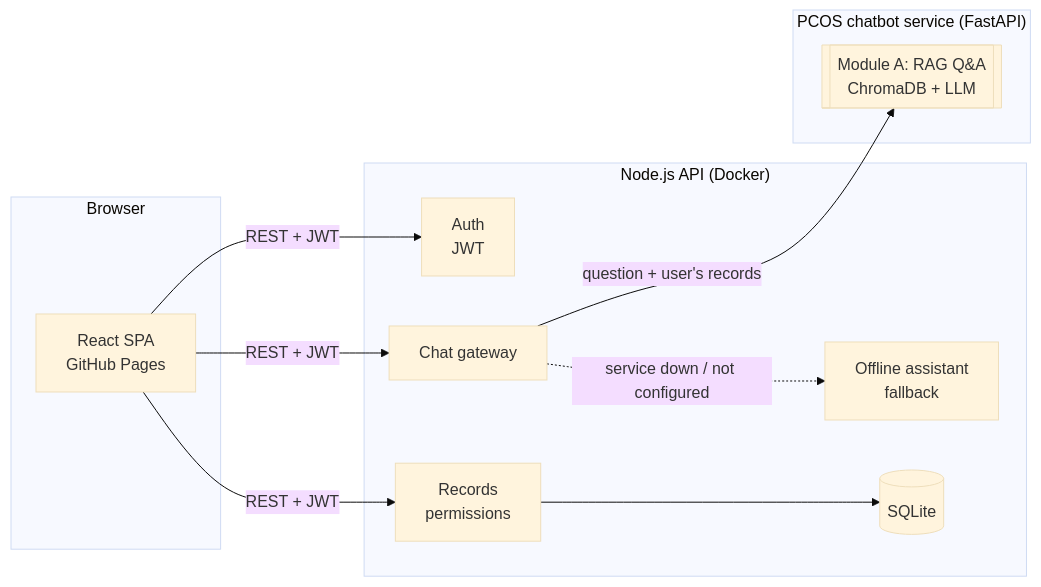
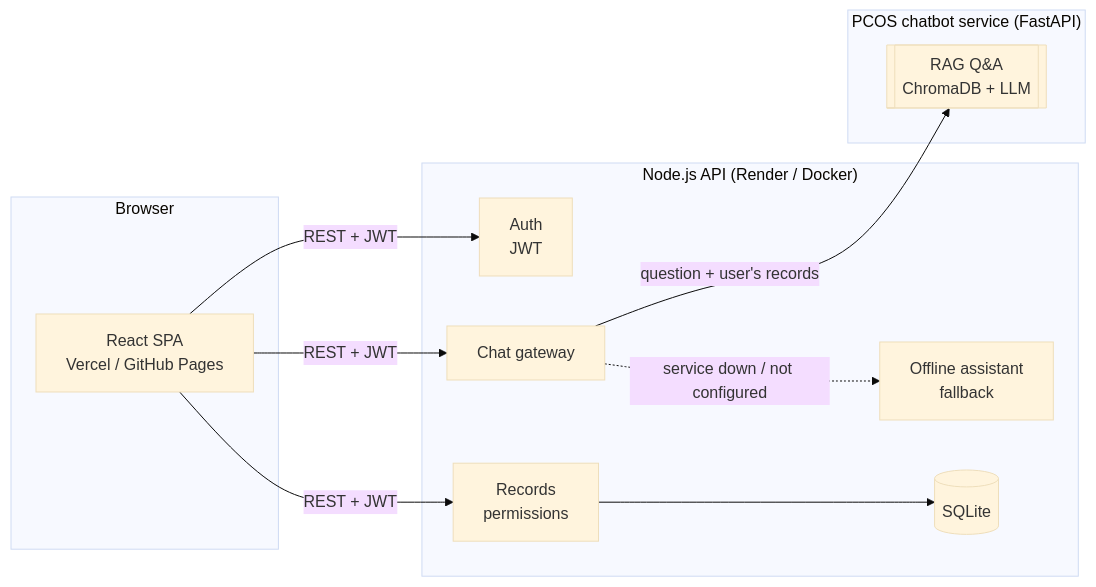
Before and after one commit to InnovHer-Competition/sharing-app: the diagram in README.md, drawn with Mermaid (base theme). The commit also changed other lines of this file, not shown here.

````diff
--- a/README.md
+++ b/README.md
@@ -23,21 +49,21 @@
 ```mermaid
 flowchart LR
   subgraph Browser
-    W[React SPA<br/>GitHub Pages]
+    W[React SPA<br/>Vercel / GitHub Pages]
   end
-  subgraph API["Node.js API (Docker)"]
+  subgraph API["Node.js API (Render / Docker)"]
     A[Auth<br/>JWT]
     R[Records<br/>permissions]
     G[Chat gateway]
     O[Offline assistant<br/>fallback]
     DB[(SQLite)]
   end
   subgraph Bot["PCOS chatbot service (FastAPI)"]
-    CB[[Module A: RAG Q&A<br/>ChromaDB + LLM]]
+    CB[[RAG Q&A<br/>ChromaDB + LLM]]
   end
 
   W -- REST + JWT --> A & R & G
   R --> DB
   G -- question + user's records --> CB
   G -. service down / not configured .-> O
 ```
````
